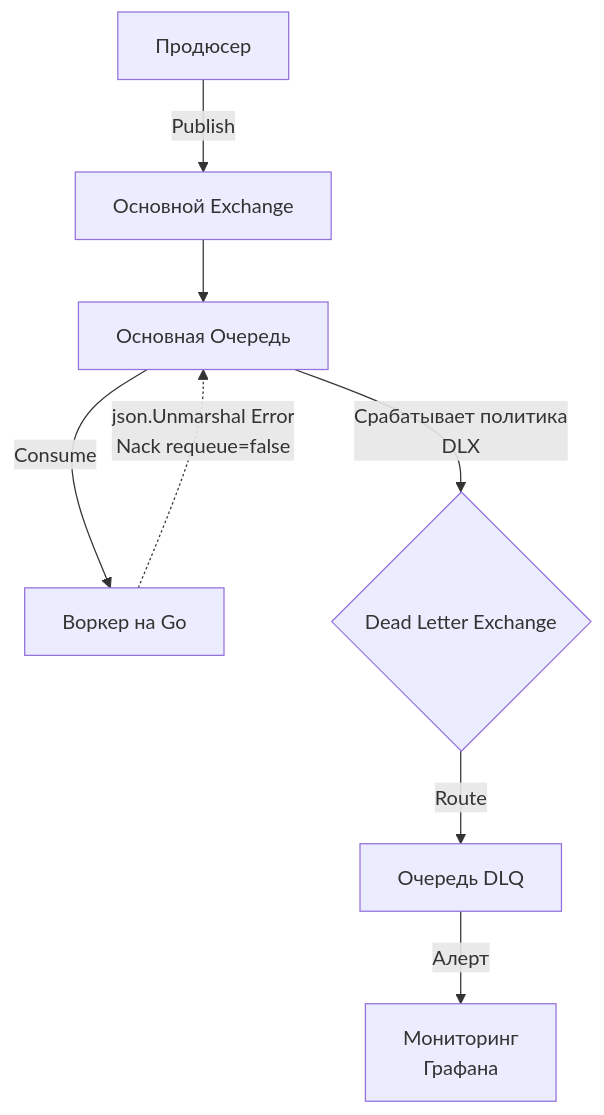
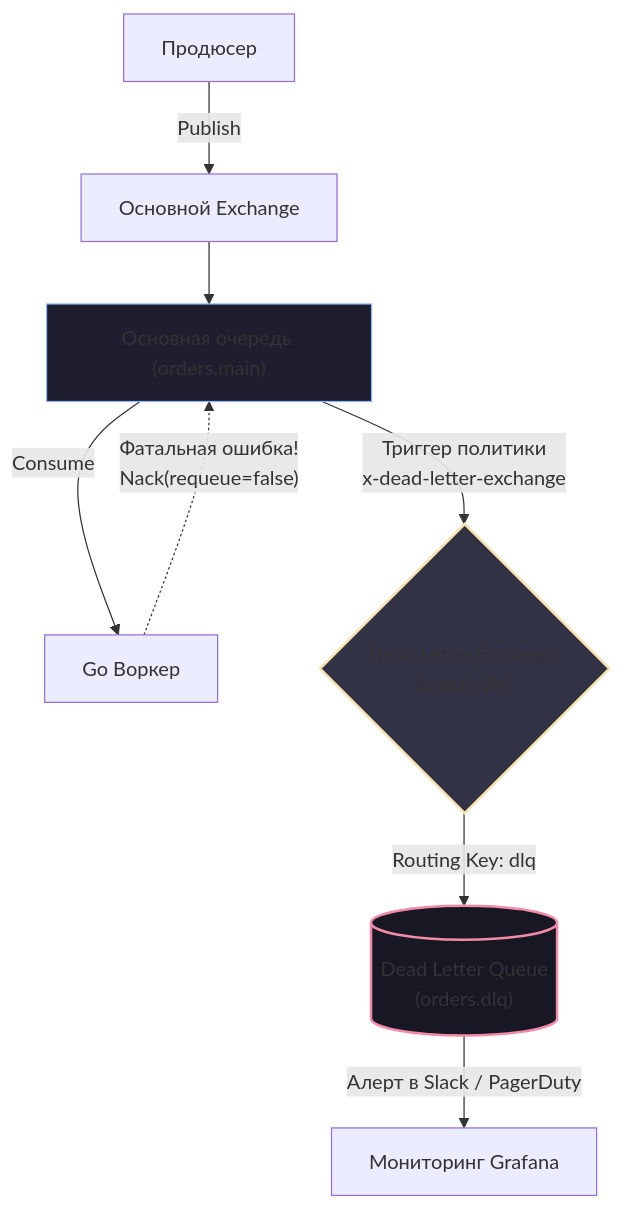
The second of 2 diagrams in sources/13. Очереди, брокеры сообщений и оркестраторы/01. Фундамент асинхронности/8. Dead Letter Queue.md (UnrealTemplier/go-textbook), drawn with Mermaid before and after one commit. The commit also changed other lines of this file, not shown here.

````diff
--- a/sources/13. Очереди, брокеры сообщений и оркестраторы/01. Фундамент асинхронности/8. Dead Letter Queue.md
+++ b/sources/13. Очереди, брокеры сообщений и оркестраторы/01. Фундамент асинхронности/8. Dead Letter Queue.md
@@ -39,13 +92,15 @@
 ```mermaid
 flowchart TD
-    A["Продюсер"] -->|"Publish"| B["Основной Exchange"]
-    B --> C["Основная Очередь"]
-    C -->|"Consume"| D["Воркер на Go"]
-    
-    D -.->|"json.Unmarshal Error<br>Nack requeue=false"| C
-    
-    C -->|"Срабатывает политика<br>DLX"| E{"Dead Letter Exchange"}
-    E -->|"Route"| F["Очередь DLQ"]
-    
-    F -->|"Алерт"| G["Мониторинг <br> Графана"]
+    P["Продюсер"] -->|"Publish"| EX["Основной Exchange"]
+    EX --> MQ["Основная очередь (orders.main)"]
+    MQ -->|"Consume"| W["Go Воркер"]
+
+    W -.->|"Фатальная ошибка!<br>Nack(requeue=false)"| MQ
+    MQ -->|"Триггер политики<br>x-dead-letter-exchange"| DLX{"Dead Letter Exchange<br>(orders.dlx)"}
+    DLX -->|"Routing Key: dlq"| DLQ[("Dead Letter Queue<br>(orders.dlq)")]
+    DLQ -->|"Алерт в Slack / PagerDuty"| Mon["Мониторинг Grafana"]
+
+    style MQ fill:#1e1e2e,stroke:#89b4fa,stroke-width:1px
+    style DLX fill:#313244,stroke:#f9e2af,stroke-width:2px
+    style DLQ fill:#181825,stroke:#f38ba8,stroke-width:2px
 ```
````
